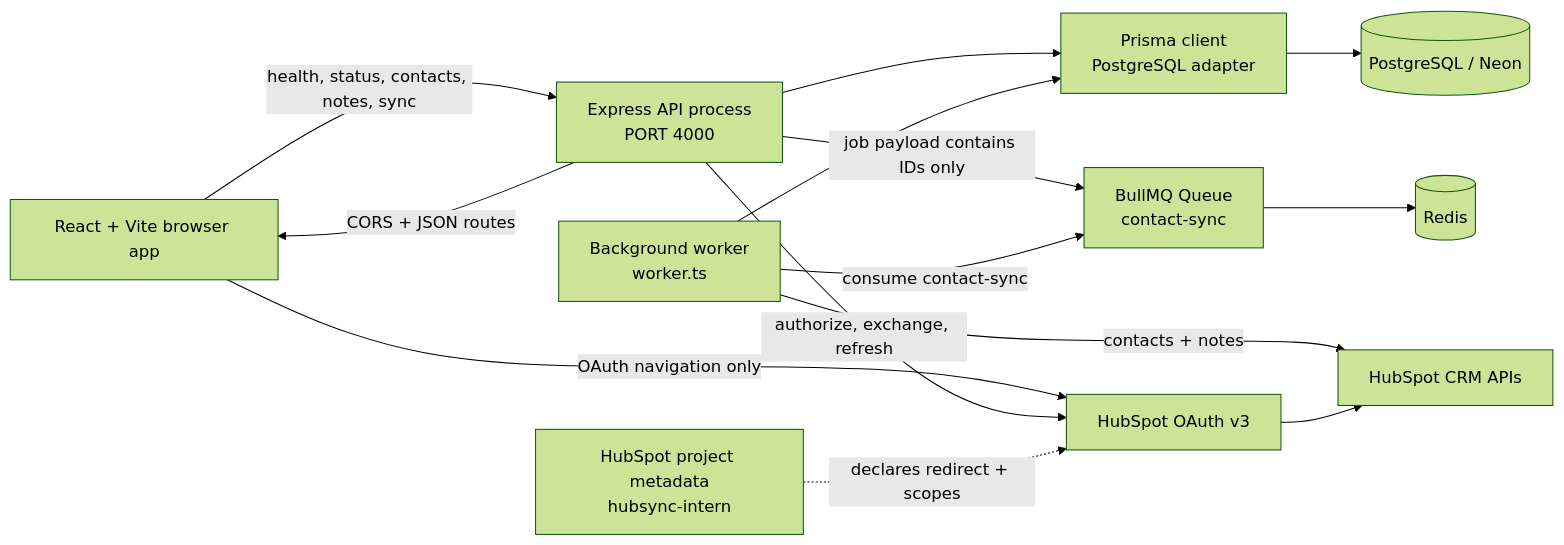
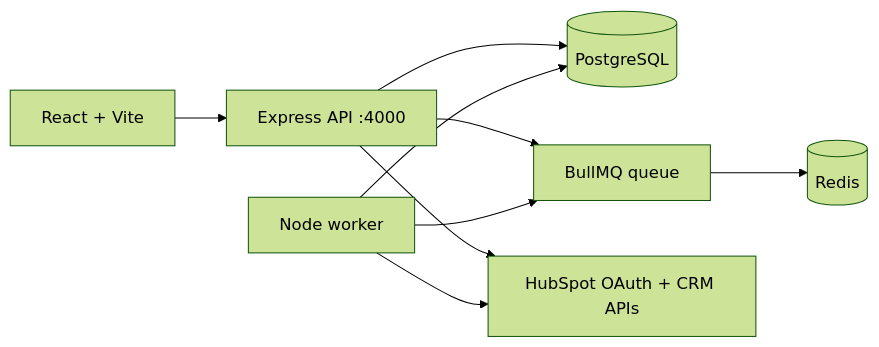
One commit to ANDEV-afk/hubsync changed the first of 2 diagrams in ARCHITECTURE.md. Above: the diagram before and after it, drawn with Mermaid (forest theme). The commit also changed other lines of this file and 5 other files, not shown here.

````diff
--- a/ARCHITECTURE.md
+++ b/ARCHITECTURE.md
@@ -15,27 +9,19 @@
 ```mermaid
 flowchart LR
-    Browser[React + Vite browser app]
-    API[Express API process<br/>PORT 4000]
-    Prisma[Prisma client<br/>PostgreSQL adapter]
-    DB[(PostgreSQL / Neon)]
-    Queue[ BullMQ Queue<br/>contact-sync ]
+    Browser[React + Vite]
+    API[Express API :4000]
+    DB[(PostgreSQL)]
     Redis[(Redis)]
-    Worker[Background worker<br/>worker.ts]
-    OAuth[HubSpot OAuth v3]
-    CRM[HubSpot CRM APIs]
-    Project[HubSpot project metadata<br/>hubsync-intern]
+    Queue[BullMQ queue]
+    Worker[Node worker]
+    HubSpot[HubSpot OAuth + CRM APIs]
 
-    Browser -->|health, status, contacts, notes, sync| API
-    Browser -->|OAuth navigation only| OAuth
-    API -->|CORS + JSON routes| Browser
-    API --> Prisma
-    Prisma --> DB
-    API -->|job payload contains IDs only| Queue
+    Browser --> API
+    API --> DB
+    API --> Queue
     Queue --> Redis
-    Worker -->|consume contact-sync| Queue
-    Worker --> Prisma
-    Worker -->|contacts + notes| CRM
-    API -->|authorize, exchange, refresh| OAuth
-    OAuth --> CRM
-    Project -. declares redirect + scopes .-> OAuth
+    Worker --> Queue
+    Worker --> DB
+    API --> HubSpot
+    Worker --> HubSpot
 ```
````
